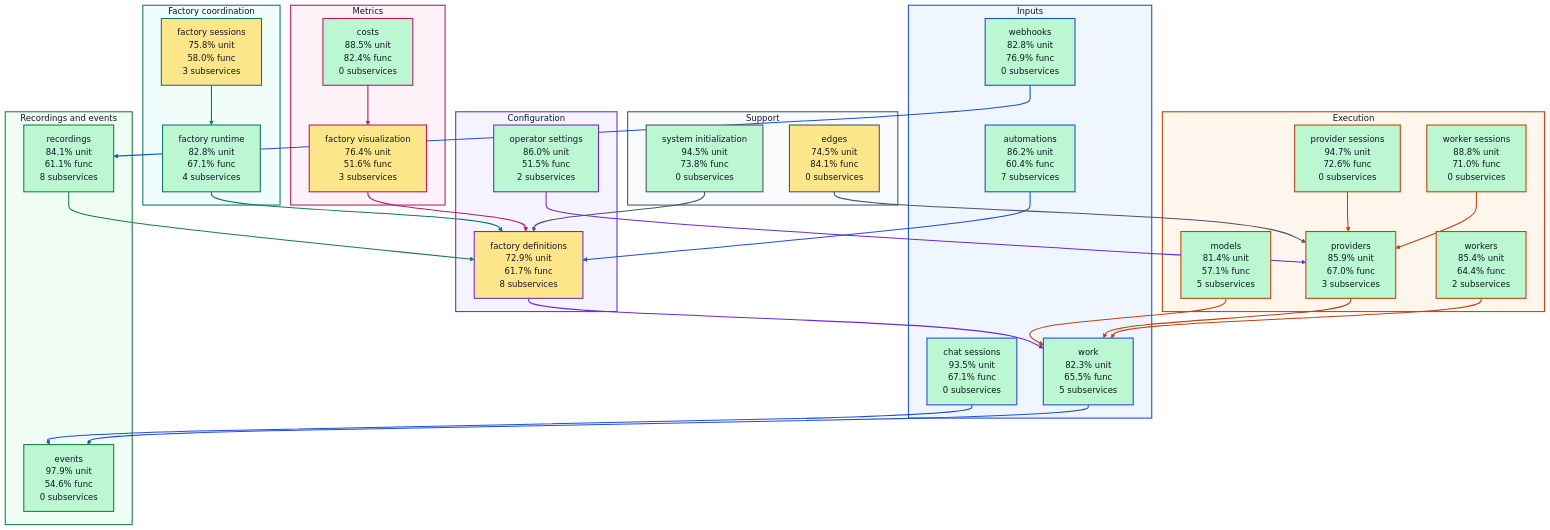
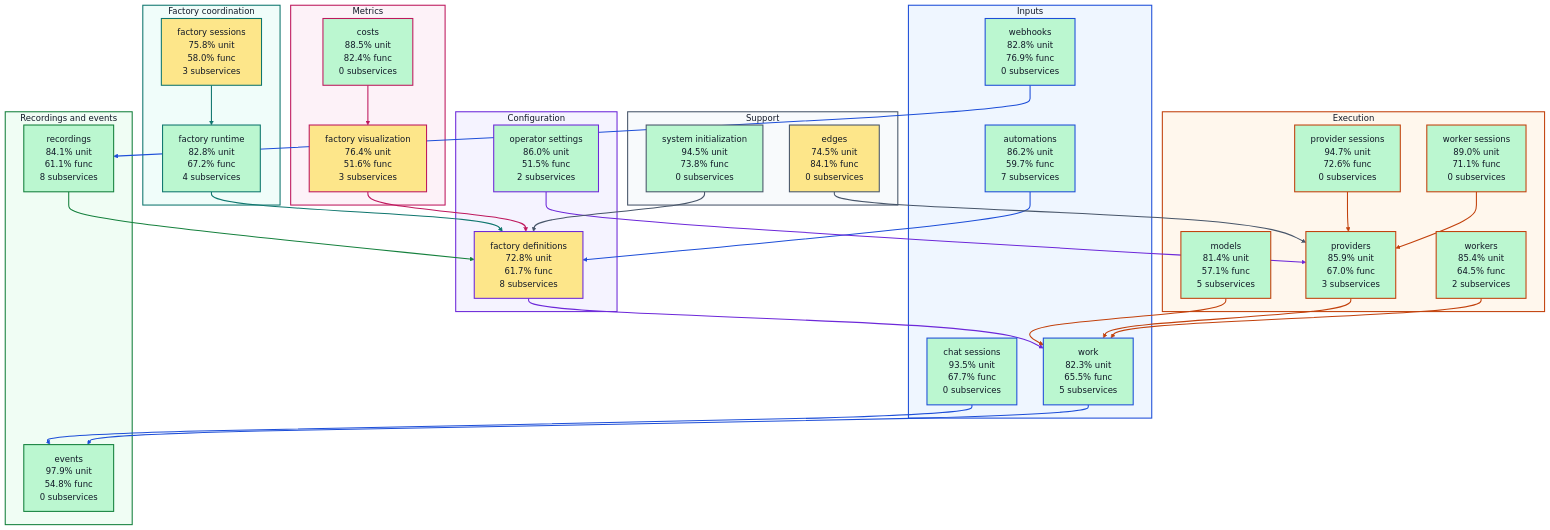
One commit to portpowered/you-agent-factory changed the diagram in docs/architecture/visualizations/high-level-test-coverage.md. Above: the diagram before and after it, drawn with Mermaid. The commit also changed other lines of this file and 20 other files, not shown here.

Commit message:
docs: refresh backend architecture visualizations

````diff
--- a/docs/architecture/visualizations/high-level-test-coverage.md
+++ b/docs/architecture/visualizations/high-level-test-coverage.md
@@ -11,28 +11,28 @@
 ```mermaid
 flowchart TB
   subgraph input["Inputs"]
-    s_services_automations["automations<br/>86.2% unit<br/>60.4% func<br/>7 subservices"]
-    s_services_chat_sessions["chat sessions<br/>93.5% unit<br/>67.1% func<br/>0 subservices"]
+    s_services_automations["automations<br/>86.2% unit<br/>59.7% func<br/>7 subservices"]
+    s_services_chat_sessions["chat sessions<br/>93.5% unit<br/>67.7% func<br/>0 subservices"]
     s_services_webhooks["webhooks<br/>82.8% unit<br/>76.9% func<br/>0 subservices"]
     s_services_work["work<br/>82.3% unit<br/>65.5% func<br/>5 subservices"]
   end
   subgraph configuration["Configuration"]
-    s_services_factory_definitions["factory definitions<br/>72.9% unit<br/>61.7% func<br/>8 subservices"]
+    s_services_factory_definitions["factory definitions<br/>72.8% unit<br/>61.7% func<br/>8 subservices"]
     s_services_operator_settings["operator settings<br/>86.0% unit<br/>51.5% func<br/>2 subservices"]
   end
   subgraph coordination["Factory coordination"]
-    s_services_factory_runtime["factory runtime<br/>82.8% unit<br/>67.1% func<br/>4 subservices"]
+    s_services_factory_runtime["factory runtime<br/>82.8% unit<br/>67.2% func<br/>4 subservices"]
     s_services_factory_sessions["factory sessions<br/>75.8% unit<br/>58.0% func<br/>3 subservices"]
   end
   subgraph execution["Execution"]
     s_services_models["models<br/>81.4% unit<br/>57.1% func<br/>5 subservices"]
     s_services_provider_sessions["provider sessions<br/>94.7% unit<br/>72.6% func<br/>0 subservices"]
     s_services_providers["providers<br/>85.9% unit<br/>67.0% func<br/>3 subservices"]
-    s_services_worker_sessions["worker sessions<br/>88.8% unit<br/>71.0% func<br/>0 subservices"]
-    s_services_workers["workers<br/>85.4% unit<br/>64.4% func<br/>2 subservices"]
+    s_services_worker_sessions["worker sessions<br/>89.0% unit<br/>71.1% func<br/>0 subservices"]
+    s_services_workers["workers<br/>85.4% unit<br/>64.5% func<br/>2 subservices"]
   end
   subgraph recordings["Recordings and events"]
-    s_services_events["events<br/>97.9% unit<br/>54.6% func<br/>0 subservices"]
+    s_services_events["events<br/>97.9% unit<br/>54.8% func<br/>0 subservices"]
     s_services_recordings["recordings<br/>84.1% unit<br/>61.1% func<br/>8 subservices"]
   end
   subgraph metrics["Metrics"]
````
